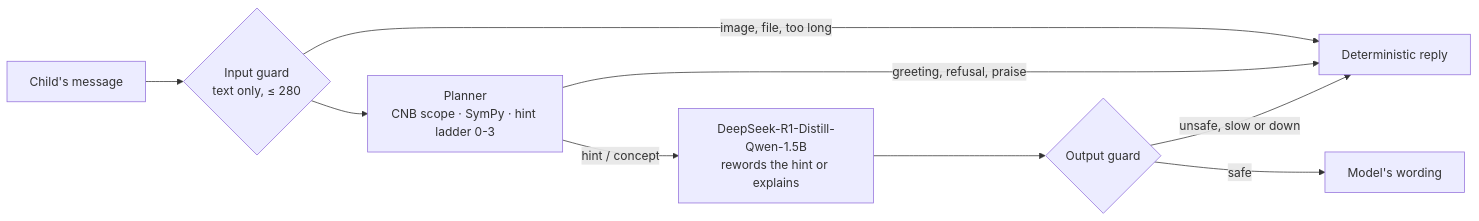
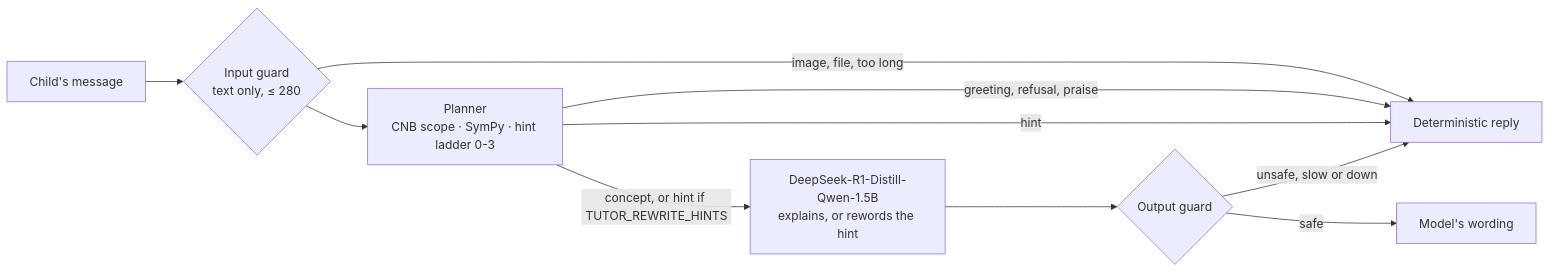
The diagram in docs/api/tutor.md (GabGP/TutorBox), drawn with Mermaid before and after one commit. The commit also changed other lines of this file and 25 other files, not shown here.

Commit message:
feat(tutor): five pre-written wordings for every hint and misconception question

````diff
--- a/docs/api/tutor.md
+++ b/docs/api/tutor.md
@@ -101,11 +101,12 @@
 ```mermaid
 flowchart LR
     M["Child's message"] --> I{"Input guard<br/>text only, ≤ 280"}
     I -->|image, file, too long| D["Deterministic reply"]
     I --> P["Planner<br/>CNB scope · SymPy · hint ladder 0-3"]
     P -->|greeting, refusal, praise| D
-    P -->|hint / concept| L["DeepSeek-R1-Distill-Qwen-1.5B<br/>rewords the hint or explains"]
+    P -->|hint| D
+    P -->|concept, or hint if TUTOR_REWRITE_HINTS| L["DeepSeek-R1-Distill-Qwen-1.5B<br/>explains, or rewords the hint"]
     L --> G{"Output guard"}
     G -->|safe| R["Model's wording"]
     G -->|unsafe, slow or down| D
 ```
````
